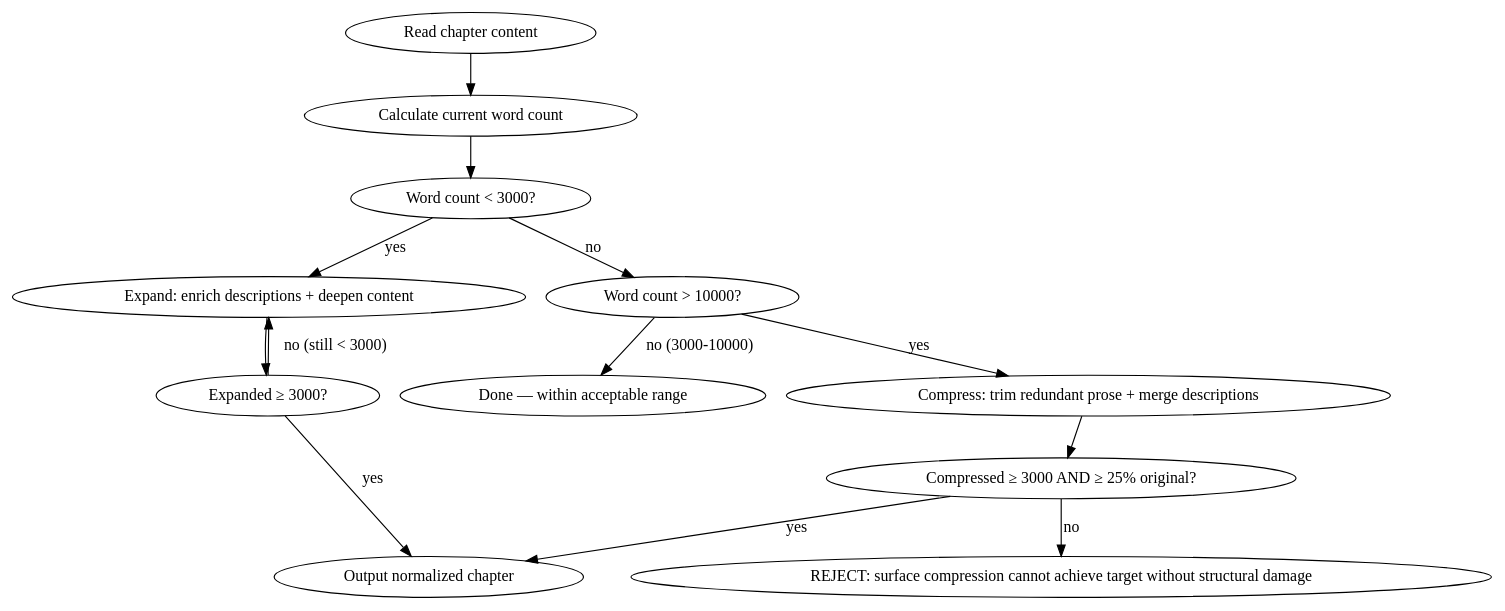
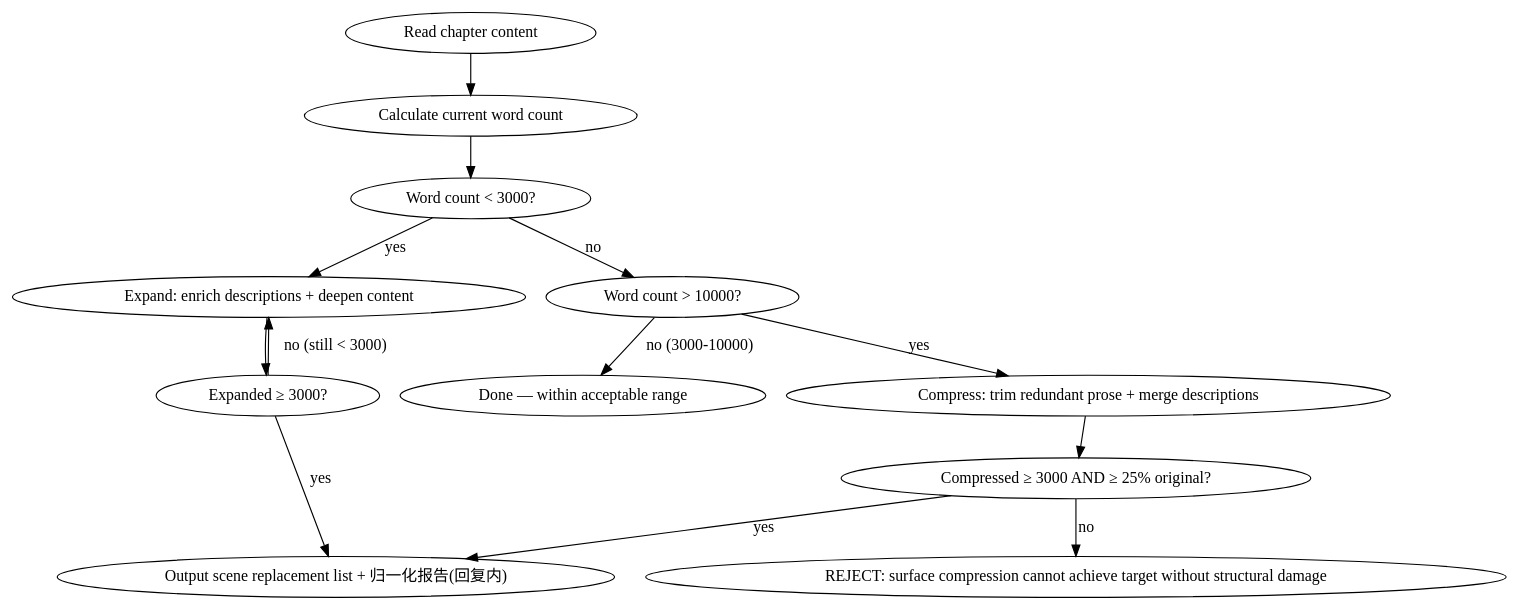
The diagram in skills/shenbi-length-normalizing/SKILL.md (ThomasChangX/shenbi), drawn with Graphviz before and after one commit. The commit also changed other lines of this file and 19 other files, not shown here.

````diff
--- a/skills/shenbi-length-normalizing/SKILL.md
+++ b/skills/shenbi-length-normalizing/SKILL.md
@@ -40,16 +40,16 @@
 ```dot
 digraph length_normalizing {
     "Read chapter content" -> "Calculate current word count";
     "Calculate current word count" -> "Word count < 3000?";
     "Word count < 3000?" -> "Expand: enrich descriptions + deepen content" [label="yes"];
     "Word count < 3000?" -> "Word count > 10000?" [label="no"];
     "Word count > 10000?" -> "Done — within acceptable range" [label="no (3000-10000)"];
     "Word count > 10000?" -> "Compress: trim redundant prose + merge descriptions" [label="yes"];
     "Expand: enrich descriptions + deepen content" -> "Expanded ≥ 3000?";
-    "Expanded ≥ 3000?" -> "Output normalized chapter" [label="yes"];
+    "Expanded ≥ 3000?" -> "Output scene replacement list + 归一化报告(回复内)" [label="yes"];
     "Expanded ≥ 3000?" -> "Expand: enrich descriptions + deepen content" [label="no (still < 3000)"];
     "Compress: trim redundant prose + merge descriptions" -> "Compressed ≥ 3000 AND ≥ 25% original?";
-    "Compressed ≥ 3000 AND ≥ 25% original?" -> "Output normalized chapter" [label="yes"];
+    "Compressed ≥ 3000 AND ≥ 25% original?" -> "Output scene replacement list + 归一化报告(回复内)" [label="yes"];
     "Compressed ≥ 3000 AND ≥ 25% original?" -> "REJECT: surface compression cannot achieve target without structural damage" [label="no"];
 }
 ```
````
